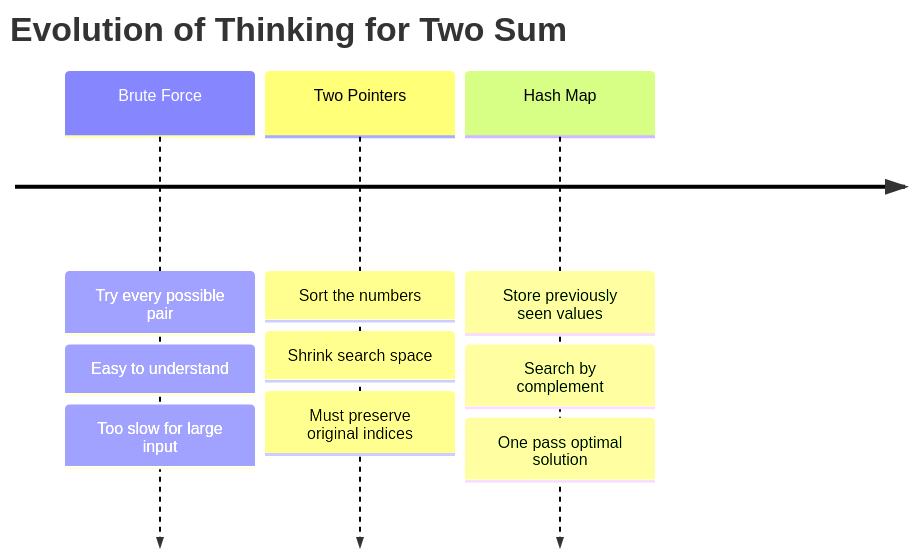
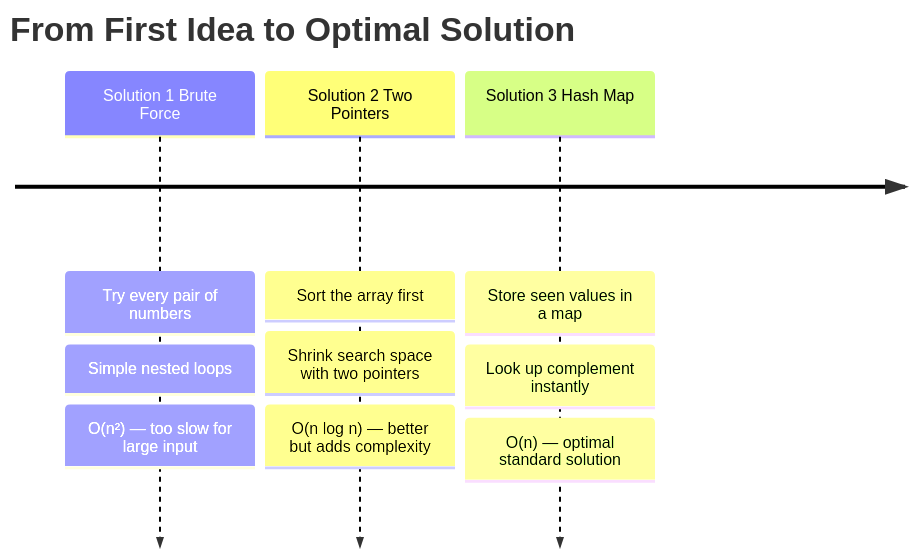
One commit to M-F-Tushar/LeetCode-Problem-Solving changed the fourth of 12 diagrams in 01 - Two Sum/README.md. Above: the diagram before and after it, drawn with Mermaid. The commit also changed other lines of this file, not shown here.

````diff
--- a/01 - Two Sum/README.md
+++ b/01 - Two Sum/README.md
@@ -60,19 +102,19 @@
 ```mermaid
 timeline
-    title Evolution of Thinking for Two Sum
+    title From First Idea to Optimal Solution
 
-    Brute Force
-        : Try every possible pair
-        : Easy to understand
-        : Too slow for large input
+    Solution 1 Brute Force
+        : Try every pair of numbers
+        : Simple nested loops
+        : O(n²) — too slow for large input
 
-    Two Pointers
-        : Sort the numbers
-        : Shrink search space
-        : Must preserve original indices
+    Solution 2 Two Pointers
+        : Sort the array first
+        : Shrink search space with two pointers
+        : O(n log n) — better but adds complexity
 
-    Hash Map
-        : Store previously seen values
-        : Search by complement
-        : One pass optimal solution
+    Solution 3 Hash Map
+        : Store seen values in a map
+        : Look up complement instantly
+        : O(n) — optimal standard solution
 ```
````
